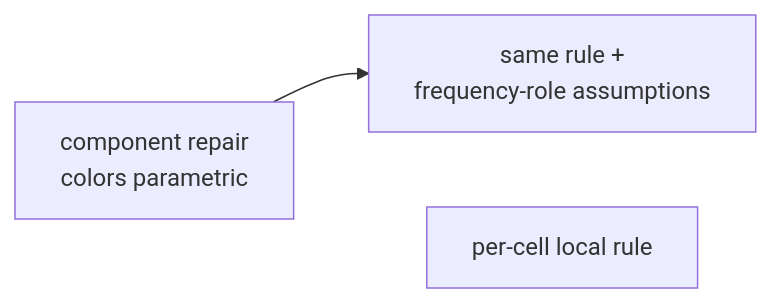
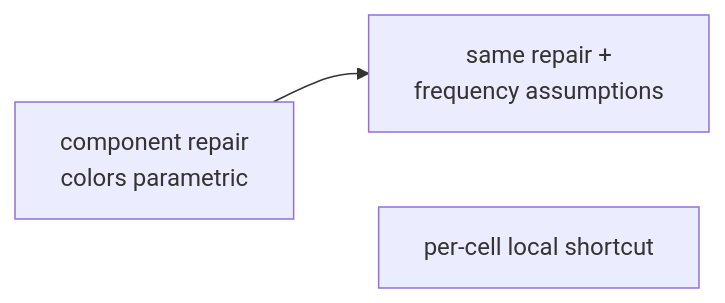
Before and after one commit to cristianoc/arc-challenge: the eighth of 12 diagrams in miniARC/generalization_as_inductive_structure.md, drawn with Mermaid. The commit also changed other lines of this file, not shown here.

````diff
--- a/miniARC/generalization_as_inductive_structure.md
+++ b/miniARC/generalization_as_inductive_structure.md
@@ -242,5 +200,5 @@
 ```mermaid
 flowchart LR
-    S["component repair\ncolors parametric"] --> F["same rule +\nfrequency-role assumptions"]
-    S ~~~ L["per-cell local rule"]
+    S["component repair\ncolors parametric"] --> F["same repair +\nfrequency assumptions"]
+    S ~~~ L["per-cell local shortcut"]
 ```
````
